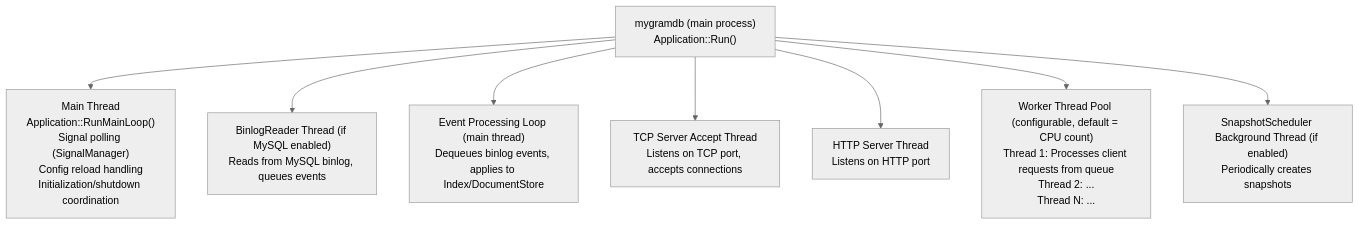
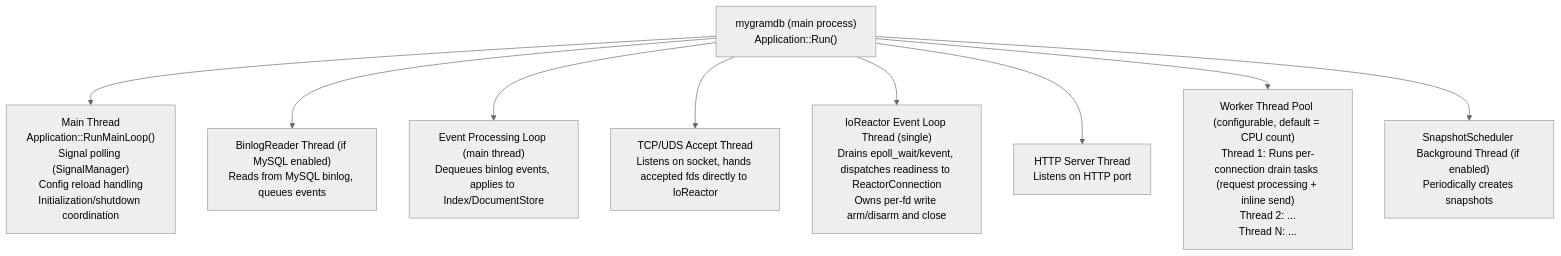
The sixth of 8 diagrams in docs/en/architecture.md (libraz/mygram-db), drawn with Mermaid (neutral theme) before and after one commit. The commit also changed other lines of this file and 2 other files, not shown here.

First line of the commit message:
docs: Sync architecture and load test references to reactor I/O model

````diff
--- a/docs/en/architecture.md
+++ b/docs/en/architecture.md
@@ -562,19 +570,21 @@
 ```mermaid
 graph TB
     Main["mygramdb (main process)<br/>Application::Run()"]
     MainThread["Main Thread<br/>Application::RunMainLoop()<br/>Signal polling (SignalManager)<br/>Config reload handling<br/>Initialization/shutdown coordination"]
     BinlogThread["BinlogReader Thread (if MySQL enabled)<br/>Reads from MySQL binlog, queues events"]
     EventLoop["Event Processing Loop (main thread)<br/>Dequeues binlog events, applies to Index/DocumentStore"]
-    TCPThread["TCP Server Accept Thread<br/>Listens on TCP port, accepts connections"]
+    TCPThread["TCP/UDS Accept Thread<br/>Listens on socket, hands accepted fds directly to IoReactor"]
+    ReactorThread["IoReactor Event Loop Thread (single)<br/>Drains epoll_wait/kevent, dispatches readiness to ReactorConnection<br/>Owns per-fd write arm/disarm and close"]
     HTTPThread["HTTP Server Thread<br/>Listens on HTTP port"]
-    WorkerPool["Worker Thread Pool (configurable, default = CPU count)<br/>Thread 1: Processes client requests from queue<br/>Thread 2: ...<br/>Thread N: ..."]
+    WorkerPool["Worker Thread Pool (configurable, default = CPU count)<br/>Thread 1: Runs per-connection drain tasks (request processing + inline send)<br/>Thread 2: ...<br/>Thread N: ..."]
     SnapshotThread["SnapshotScheduler Background Thread (if enabled)<br/>Periodically creates snapshots"]
 
     Main --> MainThread
     Main --> BinlogThread
     Main --> EventLoop
     Main --> TCPThread
+    Main --> ReactorThread
     Main --> HTTPThread
     Main --> WorkerPool
     Main --> SnapshotThread
 ```
````
